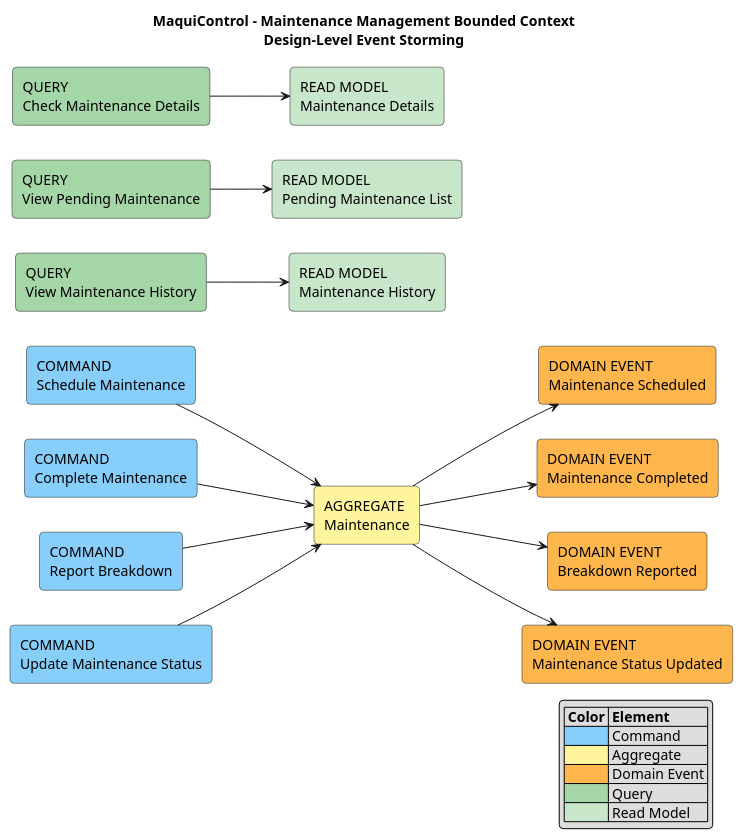
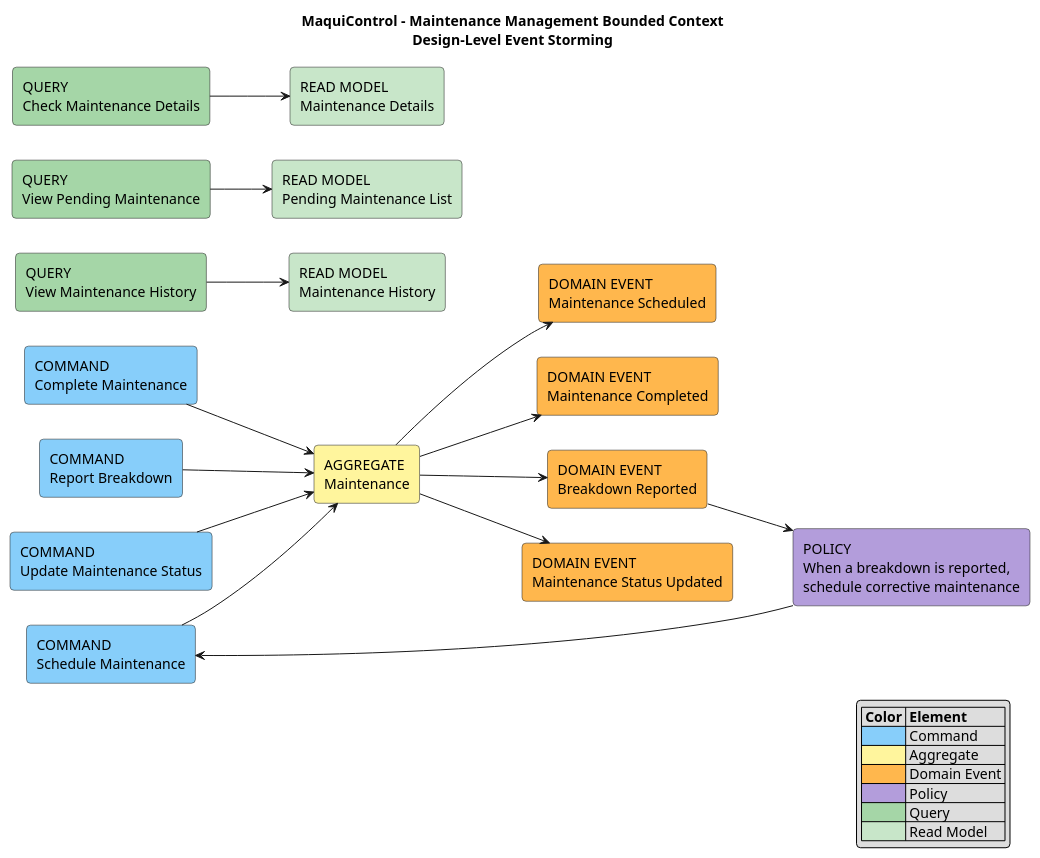
Before and after one commit to AndesHeavyTech/MaquiControl: the diagram in docs/architecture/event-storming/maintenance-management-design-level.puml, drawn with PlantUML. The commit also changed 14 other files, not shown here.

```diff
--- a/docs/architecture/event-storming/maintenance-management-design-level.puml
+++ b/docs/architecture/event-storming/maintenance-management-design-level.puml
@@ -1,67 +1,73 @@
 @startuml
 title MaquiControl - Maintenance Management Bounded Context\nDesign-Level Event Storming
 
 left to right direction
 skinparam shadowing false
 skinparam roundcorner 8
 skinparam defaultFontName Arial
 
 ' =========================
 ' Styles
 ' =========================
 
 rectangle "COMMAND\nSchedule Maintenance" as CMD_SCHEDULE #87CEFA
 rectangle "COMMAND\nComplete Maintenance" as CMD_COMPLETE #87CEFA
 rectangle "COMMAND\nReport Breakdown" as CMD_BREAKDOWN #87CEFA
 rectangle "COMMAND\nUpdate Maintenance Status" as CMD_UPDATE_STATUS #87CEFA
 
 rectangle "AGGREGATE\nMaintenance" as AGG_MAINTENANCE #FFF59D
 
 rectangle "DOMAIN EVENT\nMaintenance Scheduled" as EVT_SCHEDULED #FFB74D
 rectangle "DOMAIN EVENT\nMaintenance Completed" as EVT_COMPLETED #FFB74D
 rectangle "DOMAIN EVENT\nBreakdown Reported" as EVT_BREAKDOWN #FFB74D
 rectangle "DOMAIN EVENT\nMaintenance Status Updated" as EVT_STATUS_UPDATED #FFB74D
+
+rectangle "POLICY\nWhen a breakdown is reported,\nschedule corrective maintenance" as POL_CORRECTIVE_MAINTENANCE #B39DDB
 
 rectangle "QUERY\nView Maintenance History" as QUERY_HISTORY #A5D6A7
 rectangle "READ MODEL\nMaintenance History" as READ_HISTORY #C8E6C9
 
 rectangle "QUERY\nView Pending Maintenance" as QUERY_PENDING #A5D6A7
 rectangle "READ MODEL\nPending Maintenance List" as READ_PENDING #C8E6C9
 
 rectangle "QUERY\nCheck Maintenance Details" as QUERY_DETAILS #A5D6A7
 rectangle "READ MODEL\nMaintenance Details" as READ_DETAILS #C8E6C9
 
 ' =========================
 ' Commands -> Aggregate -> Events
 ' =========================
 
 CMD_SCHEDULE --> AGG_MAINTENANCE
 AGG_MAINTENANCE --> EVT_SCHEDULED
 
 CMD_COMPLETE --> AGG_MAINTENANCE
 AGG_MAINTENANCE --> EVT_COMPLETED
 
 CMD_BREAKDOWN --> AGG_MAINTENANCE
 AGG_MAINTENANCE --> EVT_BREAKDOWN
 
 CMD_UPDATE_STATUS --> AGG_MAINTENANCE
 AGG_MAINTENANCE --> EVT_STATUS_UPDATED
 
+EVT_BREAKDOWN --> POL_CORRECTIVE_MAINTENANCE
+POL_CORRECTIVE_MAINTENANCE --> CMD_SCHEDULE
+
 ' =========================
 ' Queries -> Read Models
 ' =========================
 
 QUERY_HISTORY --> READ_HISTORY
 QUERY_PENDING --> READ_PENDING
 QUERY_DETAILS --> READ_DETAILS
 
 legend right
 |= Color |= Element |
 |<#87CEFA>| Command |
 |<#FFF59D>| Aggregate |
 |<#FFB74D>| Domain Event |
+|<#B39DDB>| Policy |
 |<#A5D6A7>| Query |
 |<#C8E6C9>| Read Model |
 endlegend
 
 @enduml
```
